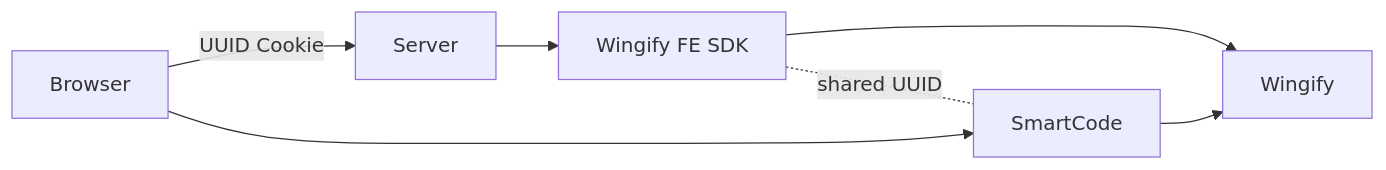
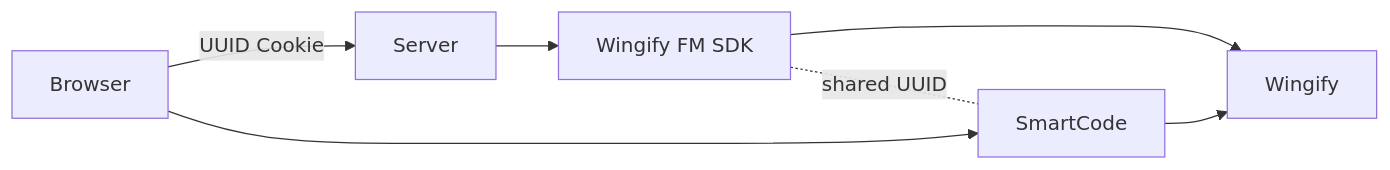
The fifth of 6 diagrams in docs/Unified Experimentation/fme-unified-experimentation-identity-synchronization.md (wingify/readme-central), drawn with Mermaid before and after one commit. The commit also changed other lines of this file and 192 other files, not shown here.

````diff
--- a/docs/Unified Experimentation/fme-unified-experimentation-identity-synchronization.md
+++ b/docs/Unified Experimentation/fme-unified-experimentation-identity-synchronization.md
@@ -417,12 +417,12 @@
 ```mermaid
 flowchart LR
     Browser -->|UUID Cookie| Server
-    Server --> FE_SDK[Wingify FE SDK]
-    FE_SDK --> Wingify
+    Server --> FM_SDK[Wingify FM SDK]
+    FM_SDK --> Wingify
 
     Browser --> SmartCode
     SmartCode --> Wingify
 
-    FE_SDK -. shared UUID .- SmartCode
+    FM_SDK -. shared UUID .- SmartCode
 
 ```
````
